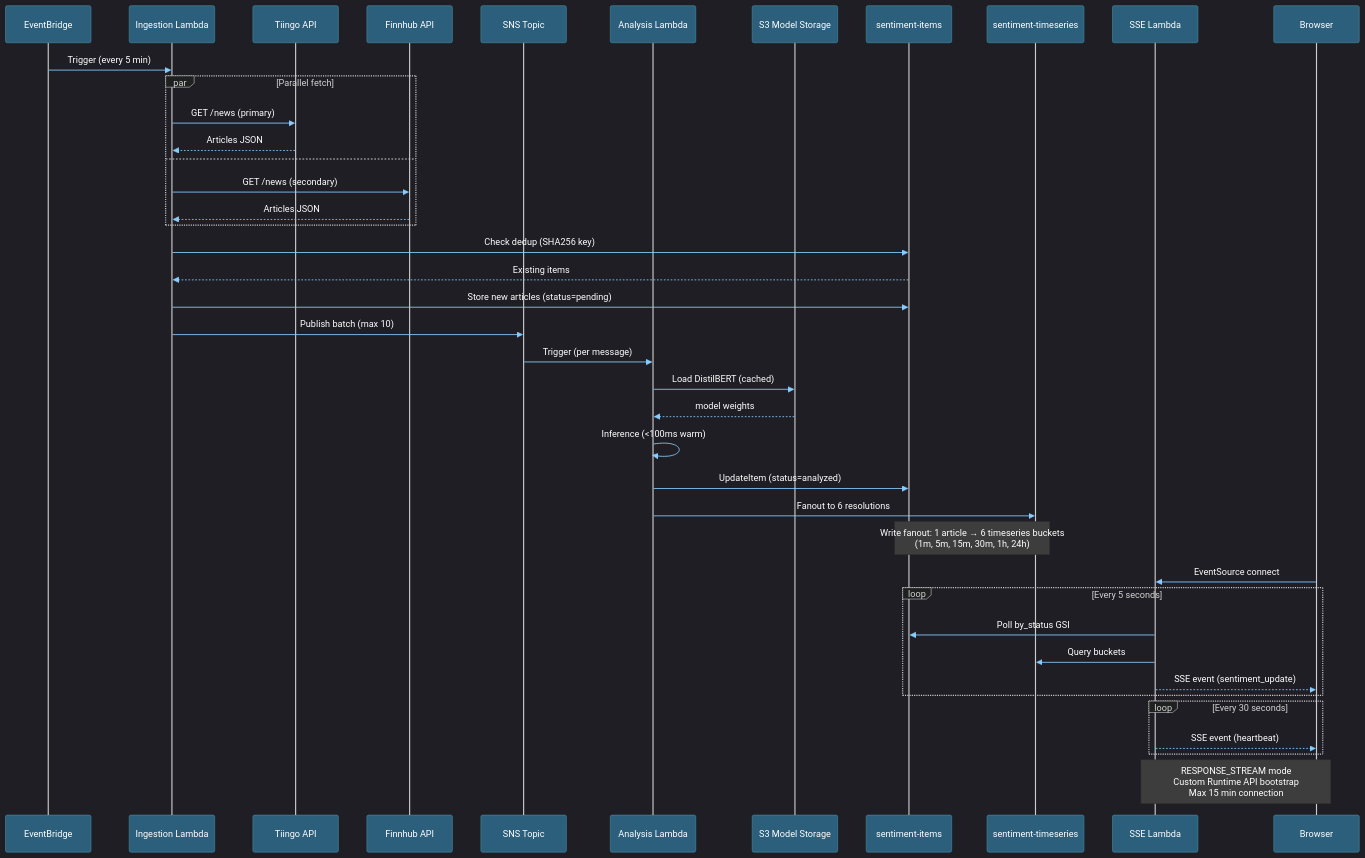
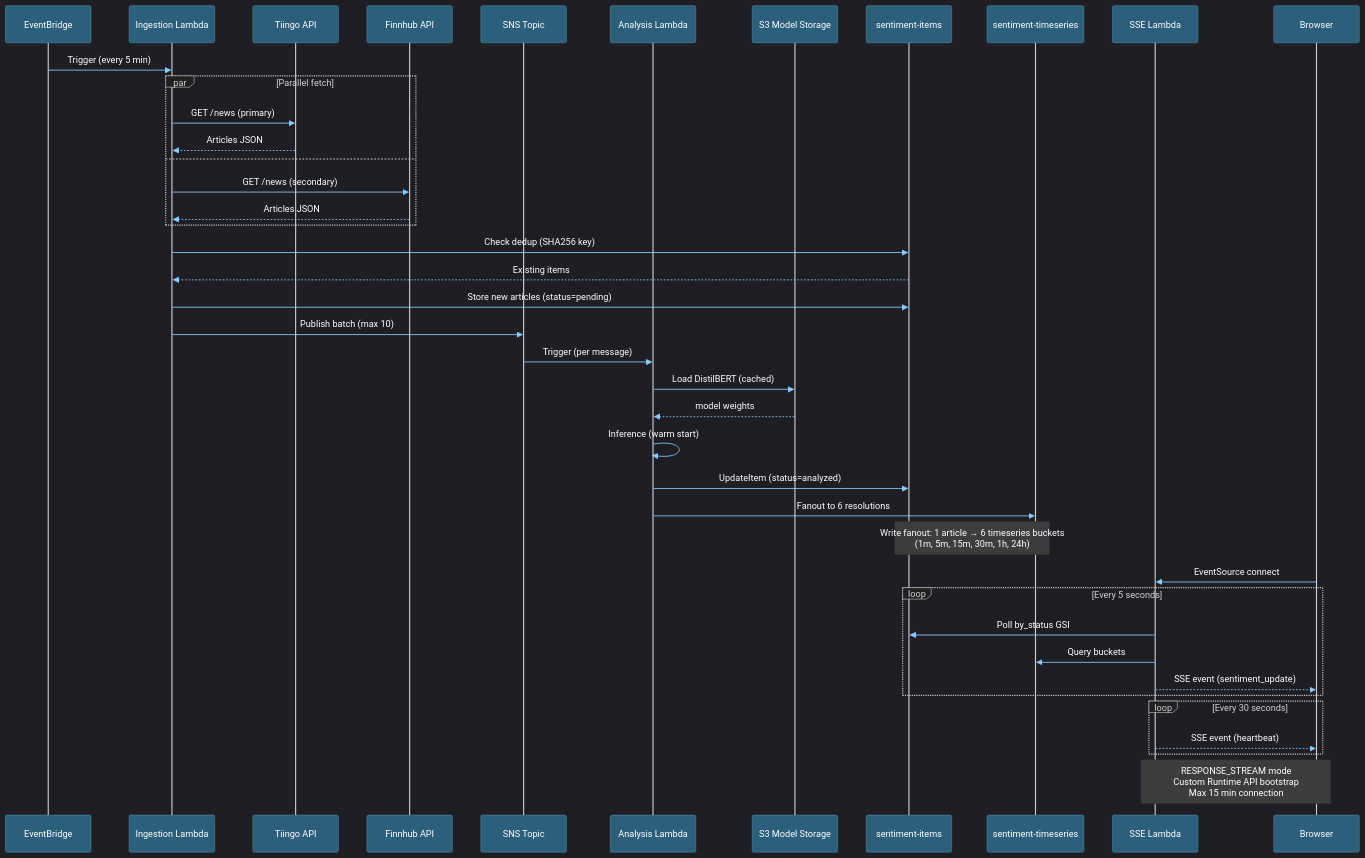
One commit to traylorre/sentiment-analyzer-gsk changed the third of 3 diagrams in README.md. Above: the diagram before and after it, drawn with Mermaid. The commit also changed other lines of this file, not shown here.

````diff
--- a/README.md
+++ b/README.md
@@ -387,54 +222,54 @@
 ```mermaid
 %%{init: {"theme": "dark", "themeVariables": {"primaryColor": "#4A90A4", "lineColor": "#88CCFF", "primaryTextColor": "#FFFFFF", "actorTextColor": "#FFFFFF", "actorBkg": "#2B5F7C", "actorBorder": "#4A90A4", "signalColor": "#88CCFF", "signalTextColor": "#FFFFFF", "noteBkgColor": "#3D3D3D", "noteTextColor": "#FFFFFF", "activationBkgColor": "#2d2d2d"}}}%%
 sequenceDiagram
     participant EB as EventBridge
     participant Ing as Ingestion Lambda
     participant Tiingo as Tiingo API
     participant Finnhub as Finnhub API
     participant SNS as SNS Topic
     participant Ana as Analysis Lambda
     participant S3 as S3 Model Storage
     participant Items as sentiment-items
     participant TS as sentiment-timeseries
     participant SSE as SSE Lambda
     participant User as Browser
 
     EB->>Ing: Trigger (every 5 min)
 
     par Parallel fetch
         Ing->>Tiingo: GET /news (primary)
         Tiingo-->>Ing: Articles JSON
     and
         Ing->>Finnhub: GET /news (secondary)
         Finnhub-->>Ing: Articles JSON
     end
 
     Ing->>Items: Check dedup (SHA256 key)
     Items-->>Ing: Existing items
 
     Ing->>Items: Store new articles (status=pending)
     Ing->>SNS: Publish batch (max 10)
 
     SNS->>Ana: Trigger (per message)
     Ana->>S3: Load DistilBERT (cached)
     S3-->>Ana: model weights
-    Ana->>Ana: Inference (<100ms warm)
+    Ana->>Ana: Inference (warm start)
     Ana->>Items: UpdateItem (status=analyzed)
     Ana->>TS: Fanout to 6 resolutions
 
     Note over Items,TS: Write fanout: 1 article → 6 timeseries buckets<br/>(1m, 5m, 15m, 30m, 1h, 24h)
 
     User->>SSE: EventSource connect
 
     loop Every 5 seconds
         SSE->>Items: Poll by_status GSI
         SSE->>TS: Query buckets
         SSE-->>User: SSE event (sentiment_update)
     end
 
     loop Every 30 seconds
         SSE-->>User: SSE event (heartbeat)
     end
 
     Note over SSE,User: RESPONSE_STREAM mode<br/>Custom Runtime API bootstrap<br/>Max 15 min connection
 ```
````
